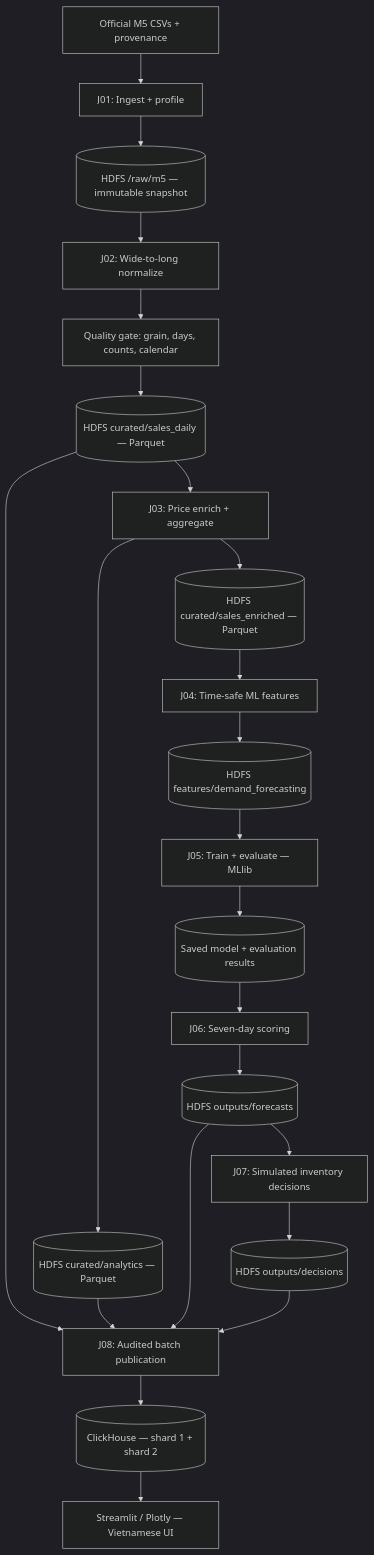
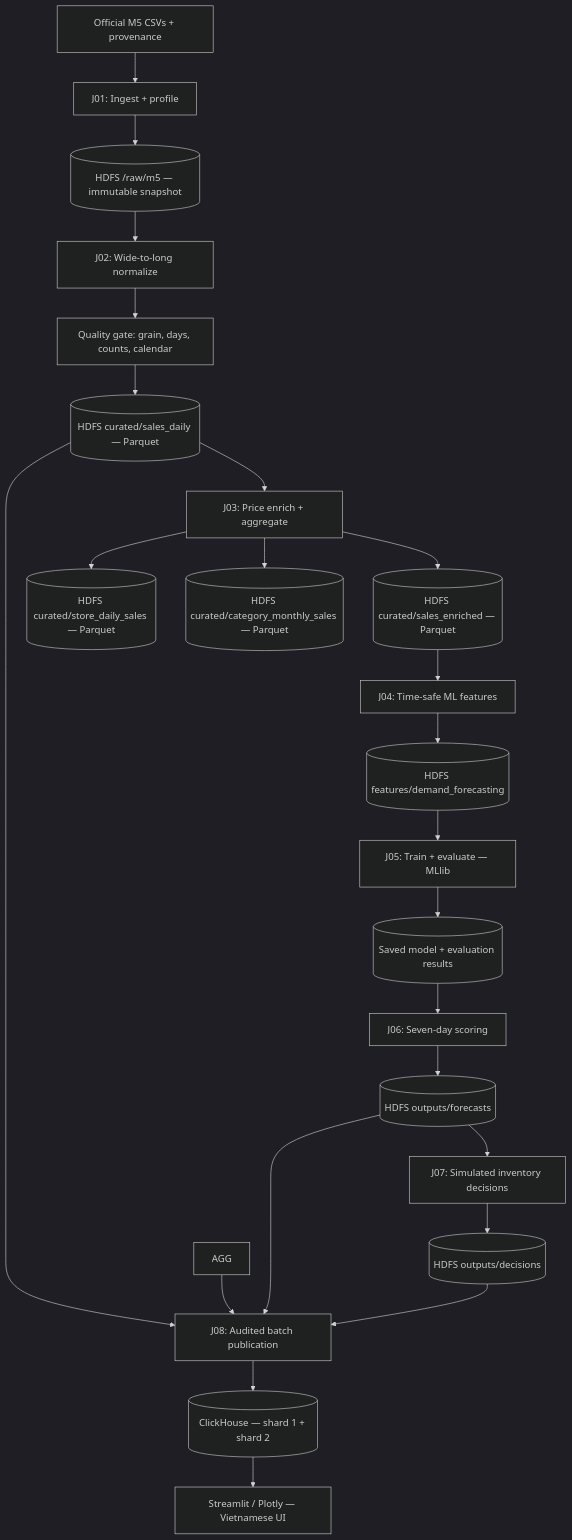
One commit to datphamtat2411/warehouse-bigdata changed the first of 3 diagrams in docs/06_DATA_PIPELINE.md. Above: the diagram before and after it, drawn with Mermaid (dark theme). The commit also changed other lines of this file and 20 other files, not shown here.

````diff
--- a/docs/06_DATA_PIPELINE.md
+++ b/docs/06_DATA_PIPELINE.md
@@ -94,25 +94,26 @@
 ```mermaid
 flowchart TD
     SRC["Official M5 CSVs + provenance"] --> J01["J01: Ingest + profile"]
     J01 --> RAW[("HDFS /raw/m5 — immutable snapshot")]
     RAW --> J02["J02: Wide-to-long normalize"]
     J02 --> CHECKS["Quality gate: grain, days, counts, calendar"]
     CHECKS --> SALES[("HDFS curated/sales_daily — Parquet")]
     SALES --> J03["J03: Price enrich + aggregate"]
     J03 --> ENRICHED[("HDFS curated/sales_enriched — Parquet")]
-    J03 --> AGG[("HDFS curated/analytics — Parquet")]
+    J03 --> STORE[("HDFS curated/store_daily_sales — Parquet")]
+    J03 --> CATEGORY[("HDFS curated/category_monthly_sales — Parquet")]
     ENRICHED --> J04["J04: Time-safe ML features"]
     J04 --> FEATURES[("HDFS features/demand_forecasting")]
     FEATURES --> J05["J05: Train + evaluate — MLlib"]
     J05 --> MODEL[("Saved model + evaluation results")]
     MODEL --> J06["J06: Seven-day scoring"]
     J06 --> FC[("HDFS outputs/forecasts")]
     FC --> J07["J07: Simulated inventory decisions"]
     J07 --> DEC[("HDFS outputs/decisions")]
     SALES --> J08["J08: Audited batch publication"]
     AGG --> J08
     FC --> J08
     DEC --> J08
     J08 --> DB[("ClickHouse — shard 1 + shard 2")]
     DB --> UI["Streamlit / Plotly — Vietnamese UI"]
 ```
````
